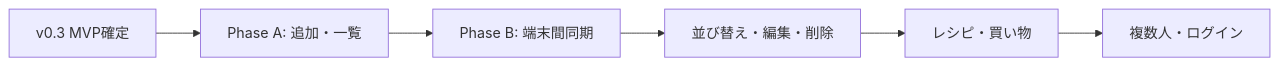
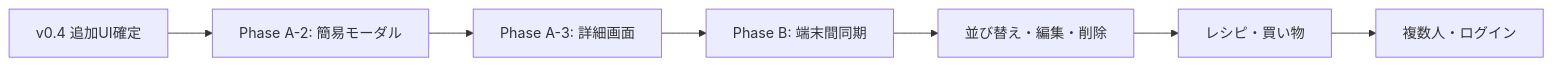
Before and after one commit to manami-koga/GohanBox: the diagram in docs/requirements.md, drawn with Mermaid. The commit also changed other lines of this file and 1 other file, not shown here.

````diff
--- a/docs/requirements.md
+++ b/docs/requirements.md
@@ -183,8 +210,9 @@
 ```mermaid
 flowchart LR
-  A[v0.3 MVP確定] --> B[Phase A: 追加・一覧]
-  B --> C[Phase B: 端末間同期]
-  C --> D[並び替え・編集・削除]
-  D --> E[レシピ・買い物]
-  E --> F[複数人・ログイン]
+  A[v0.4 追加UI確定] --> B[Phase A-2: 簡易モーダル]
+  B --> C[Phase A-3: 詳細画面]
+  C --> D[Phase B: 端末間同期]
+  D --> E[並び替え・編集・削除]
+  E --> F[レシピ・買い物]
+  F --> G[複数人・ログイン]
 ```
````
